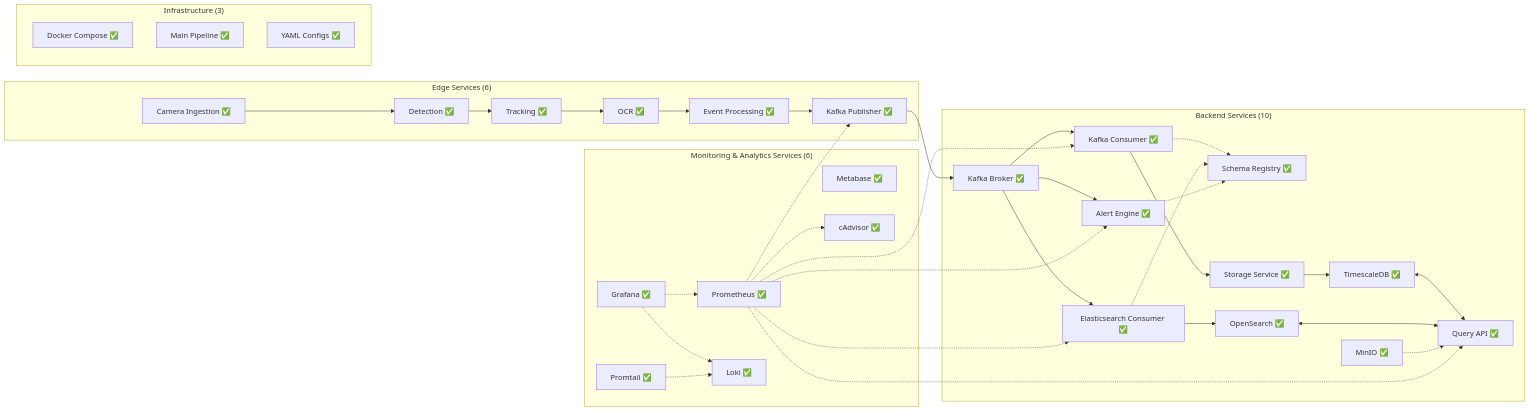
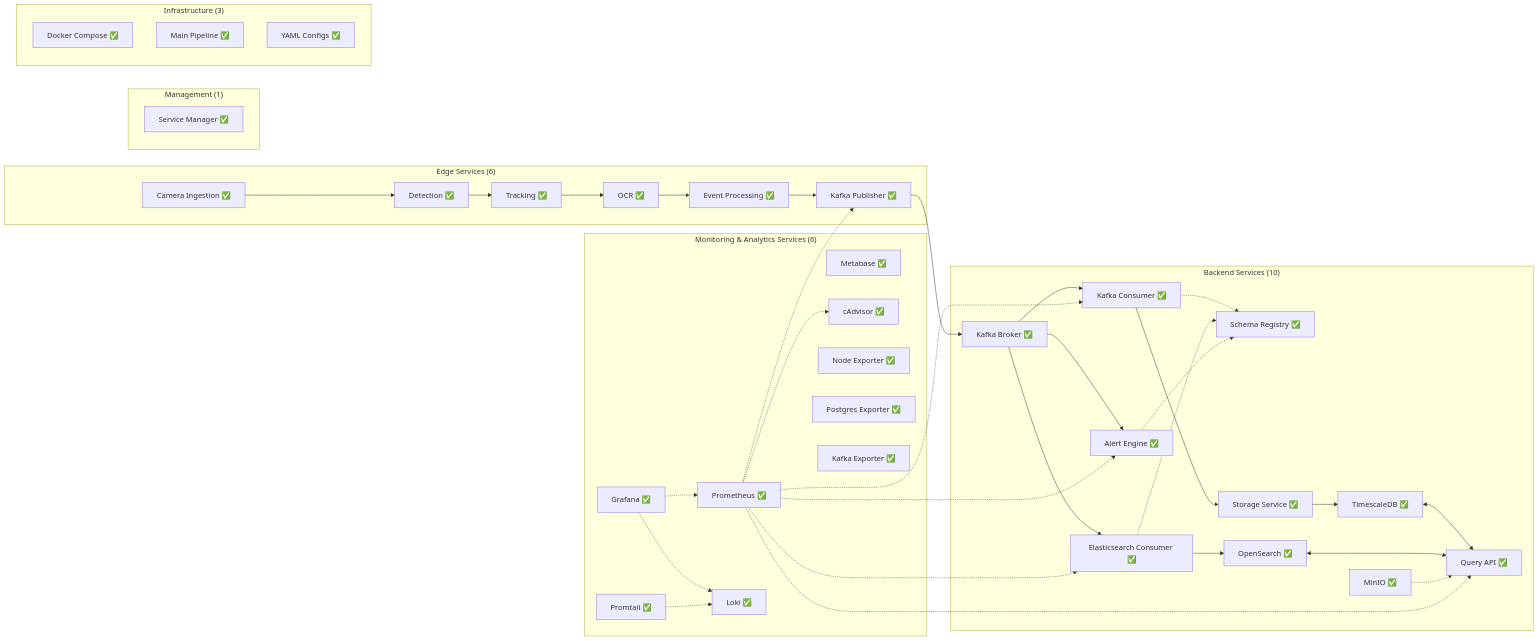
Before and after one commit to Azhundev/oversight-alpr-app: the third of 9 diagrams in docs/alpr/project-architecture-chart.md, drawn with Mermaid. The commit also changed other lines of this file and 3 other files, not shown here.

First line of the commit message:
docs: Update /docs/alpr with Service Manager and exporters

````diff
--- a/docs/alpr/project-architecture-chart.md
+++ b/docs/alpr/project-architecture-chart.md
@@ -168,59 +175,66 @@
 ```mermaid
 graph LR
     subgraph "Edge Services (6)"
         E1["Camera Ingestion ✅"]
         E2["Detection ✅"]
         E3["Tracking ✅"]
         E4["OCR ✅"]
         E5["Event Processing ✅"]
         E6["Kafka Publisher ✅"]
     end
 
     subgraph "Backend Services (10)"
         B1["Kafka Broker ✅"]
         B2["Schema Registry ✅"]
         B3["Kafka Consumer ✅"]
         B4["Storage Service ✅"]
         B5["TimescaleDB ✅"]
         B6["Query API ✅"]
         B7["MinIO ✅"]
         B8["Alert Engine ✅"]
         B9["Elasticsearch Consumer ✅"]
         B10["OpenSearch ✅"]
     end
 
     subgraph "Monitoring & Analytics Services (6)"
         M1["Prometheus ✅"]
         M2["Grafana ✅"]
         M3["Metabase ✅"]
         M4["Loki ✅"]
         M5["Promtail ✅"]
         M6["cAdvisor ✅"]
+        M7["Node Exporter ✅"]
+        M8["Postgres Exporter ✅"]
+        M9["Kafka Exporter ✅"]
+    end
+
+    subgraph "Management (1)"
+        SM1["Service Manager ✅"]
     end
 
     subgraph "Infrastructure (3)"
         I1["Docker Compose ✅"]
         I2["Main Pipeline ✅"]
         I3["YAML Configs ✅"]
     end
 
     E1 --> E2 --> E3 --> E4 --> E5 --> E6
     E6 --> B1 --> B3 --> B4 --> B5
     B1 --> B8
     B1 --> B9 --> B10
     B3 -.-> B2
     B9 -.-> B2
     B8 -.-> B2
     B5 <--> B6
     B10 <--> B6
     B7 -.-> B6
     M1 -.-> E6
     M1 -.-> B3
     M1 -.-> B6
     M1 -.-> B8
     M1 -.-> B9
     M1 -.-> M6
     M2 -.-> M1
     M2 -.-> M4
     M5 -.-> M4
 ```
````
